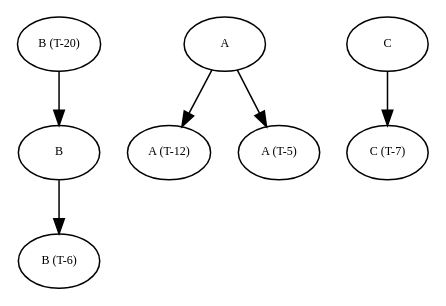
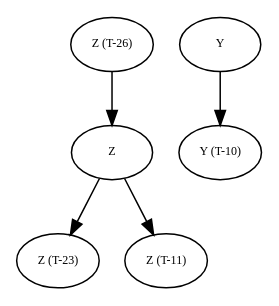
The diagram in graphs/debug_tree0.dot (amso100/livescript-declarations), drawn with Graphviz before and after one commit. The commit also changed 9 other files, not shown here.

```diff
--- a/graphs/debug_tree0.dot
+++ b/graphs/debug_tree0.dot
@@ -1,61 +1,47 @@
 digraph RGL__DirectedAdjacencyGraph {
-    "B (T-20)" [
+    Z [
         fontsize = 8,
-        label = "B (T-20)"
+        label = Z
     ]
 
-    B [
+    "Z (T-23)" [
         fontsize = 8,
-        label = B
+        label = "Z (T-23)"
     ]
 
-    "B (T-6)" [
+    "Z (T-11)" [
         fontsize = 8,
-        label = "B (T-6)"
+        label = "Z (T-11)"
     ]
 
-    A [
+    "Z (T-26)" [
         fontsize = 8,
-        label = A
+        label = "Z (T-26)"
     ]
 
-    "A (T-12)" [
+    Y [
         fontsize = 8,
-        label = "A (T-12)"
+        label = Y
     ]
 
-    "A (T-5)" [
+    "Y (T-10)" [
         fontsize = 8,
-        label = "A (T-5)"
+        label = "Y (T-10)"
     ]
 
-    C [
-        fontsize = 8,
-        label = C
-    ]
-
-    "C (T-7)" [
-        fontsize = 8,
-        label = "C (T-7)"
-    ]
-
-    "B (T-20)" -> B [
+    Z -> "Z (T-23)" [
         fontsize = 8
     ]
 
-    B -> "B (T-6)" [
+    Z -> "Z (T-11)" [
         fontsize = 8
     ]
 
-    A -> "A (T-12)" [
+    "Z (T-26)" -> Z [
         fontsize = 8
     ]
 
-    A -> "A (T-5)" [
-        fontsize = 8
-    ]
-
-    C -> "C (T-7)" [
+    Y -> "Y (T-10)" [
         fontsize = 8
     ]
 }
```
